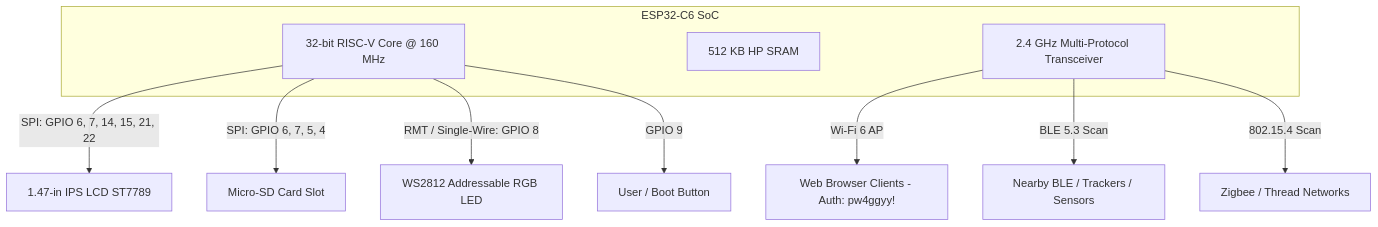
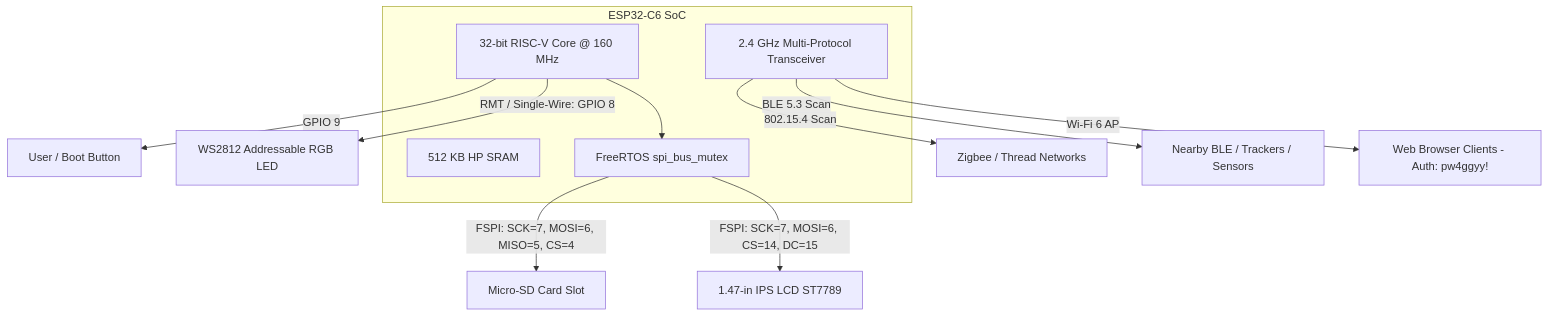
The first of 3 diagrams in lafvin/design.md (ChipCLee/esp32), drawn with Mermaid before and after one commit. The commit also changed other lines of this file, not shown here.

Commit message:
Resolve all 6 validation gaps in design.md (SPI mutex, channel-interleaved coex, IDF 5.x/Arduino 3.x, native 802.15.4, RTC sync)

````diff
--- a/lafvin/design.md
+++ b/lafvin/design.md
@@ -54,17 +54,19 @@
 ```mermaid
 flowchart TD
     subgraph ESP32-C6 SoC
         CPU[32-bit RISC-V Core @ 160 MHz]
         RAM[512 KB HP SRAM]
         RADIO[2.4 GHz Multi-Protocol Transceiver]
+        MUTEX[FreeRTOS spi_bus_mutex]
     end
 
     RADIO -->|Wi-Fi 6 AP| WEB[Web Browser Clients - Auth: pw4ggyy!]
     RADIO -->|BLE 5.3 Scan| BLE_DEV[Nearby BLE / Trackers / Sensors]
     RADIO -->|802.15.4 Scan| ZB_DEV[Zigbee / Thread Networks]
 
-    CPU -->|SPI: GPIO 6, 7, 14, 15, 21, 22| LCD[1.47-in IPS LCD ST7789]
-    CPU -->|SPI: GPIO 6, 7, 5, 4| SD[Micro-SD Card Slot]
+    CPU --> MUTEX
+    MUTEX -->|FSPI: SCK=7, MOSI=6, CS=14, DC=15| LCD[1.47-in IPS LCD ST7789]
+    MUTEX -->|FSPI: SCK=7, MOSI=6, MISO=5, CS=4| SD[Micro-SD Card Slot]
     CPU -->|RMT / Single-Wire: GPIO 8| LED[WS2812 Addressable RGB LED]
     CPU -->|GPIO 9| BTN[User / Boot Button]
 ```
````
